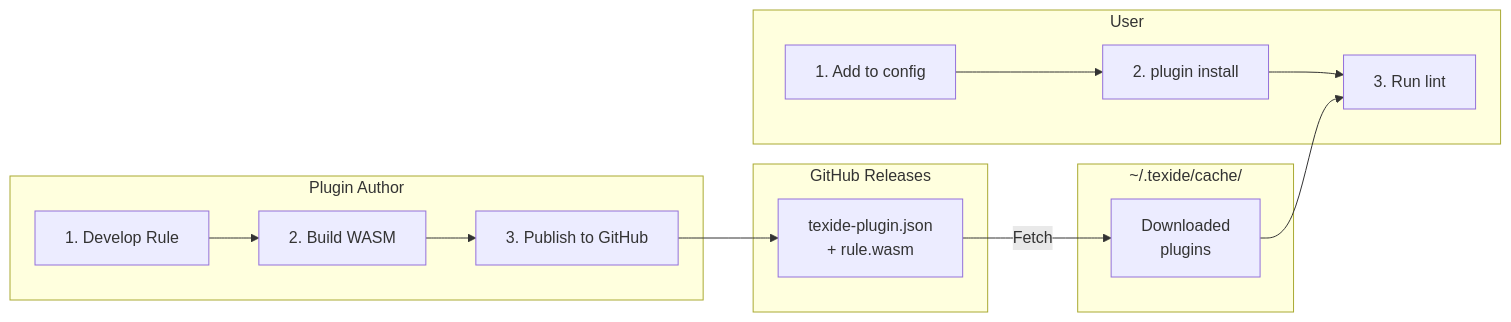
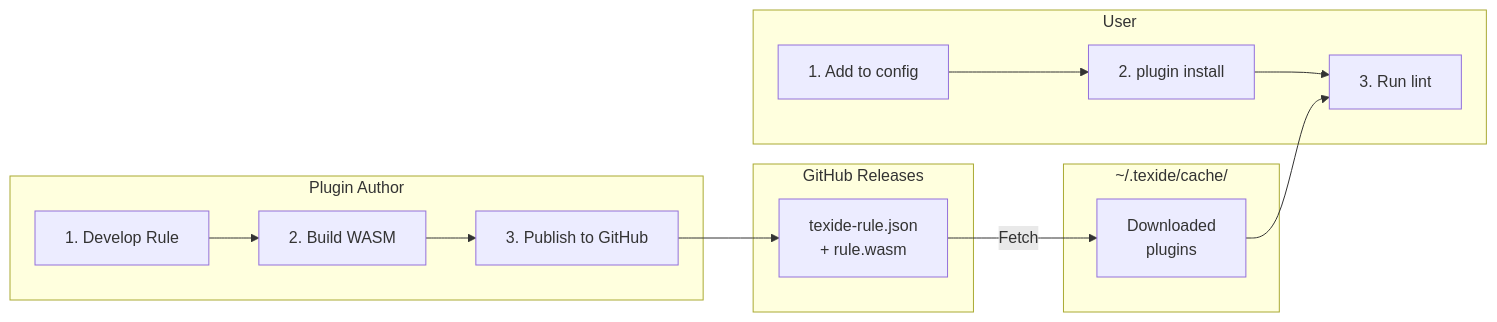
One commit to simorgh3196/tsuzulint changed the first of 3 diagrams in docs/plugin-distribution.md. Above: the diagram before and after it, drawn with Mermaid. The commit also changed other lines of this file and 3 other files, not shown here.

````diff
--- a/docs/plugin-distribution.md
+++ b/docs/plugin-distribution.md
@@ -18,28 +18,28 @@
 ```mermaid
 flowchart LR
     subgraph Author["Plugin Author"]
         A1[1. Develop Rule]
         A2[2. Build WASM]
         A3[3. Publish to GitHub]
         A1 --> A2 --> A3
     end
 
     subgraph GitHub["GitHub Releases"]
-        GH[texide-plugin.json<br/>+ rule.wasm]
+        GH[texide-rule.json<br/>+ rule.wasm]
     end
 
     subgraph User["User"]
         U1[1. Add to config]
         U2[2. plugin install]
         U3[3. Run lint]
         U1 --> U2 --> U3
     end
 
     subgraph Cache["~/.texide/cache/"]
         C[Downloaded<br/>plugins]
     end
 
     A3 --> GH
     GH -->|Fetch| C
     C --> U3
 ```
````
